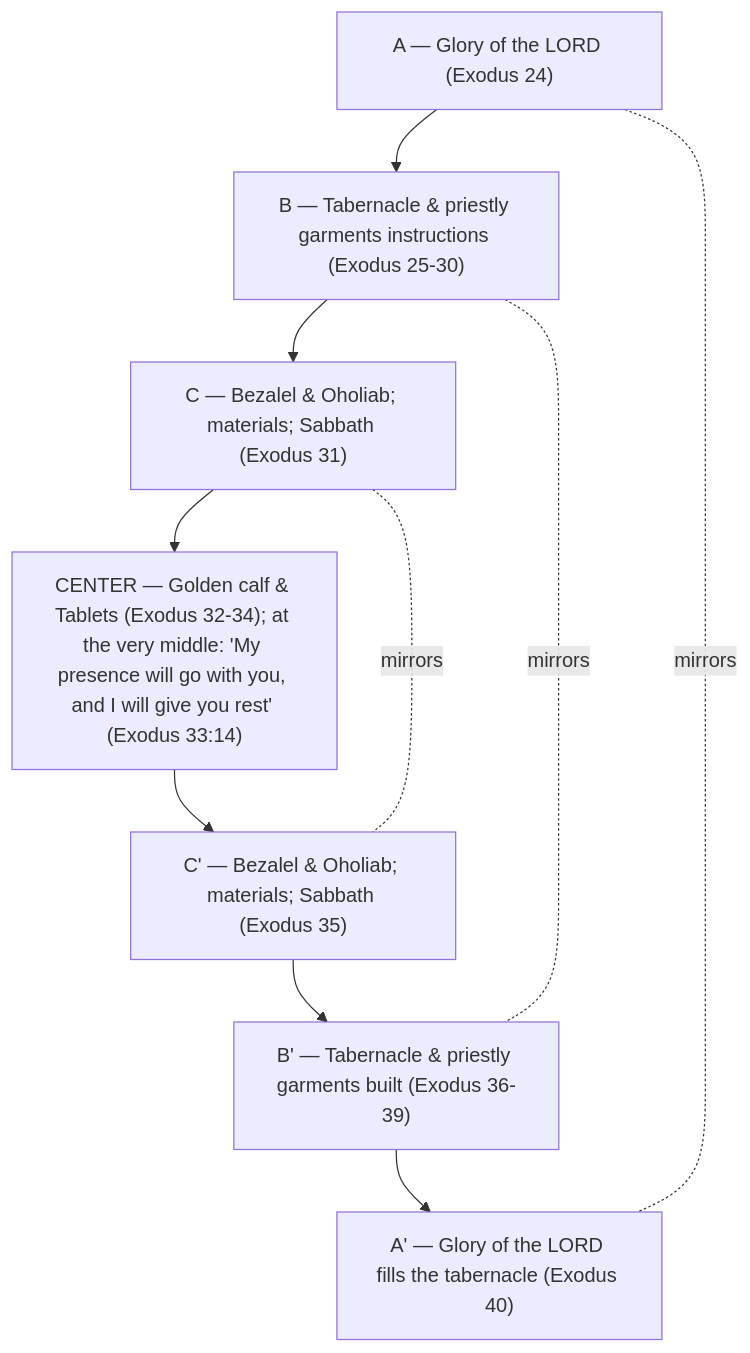
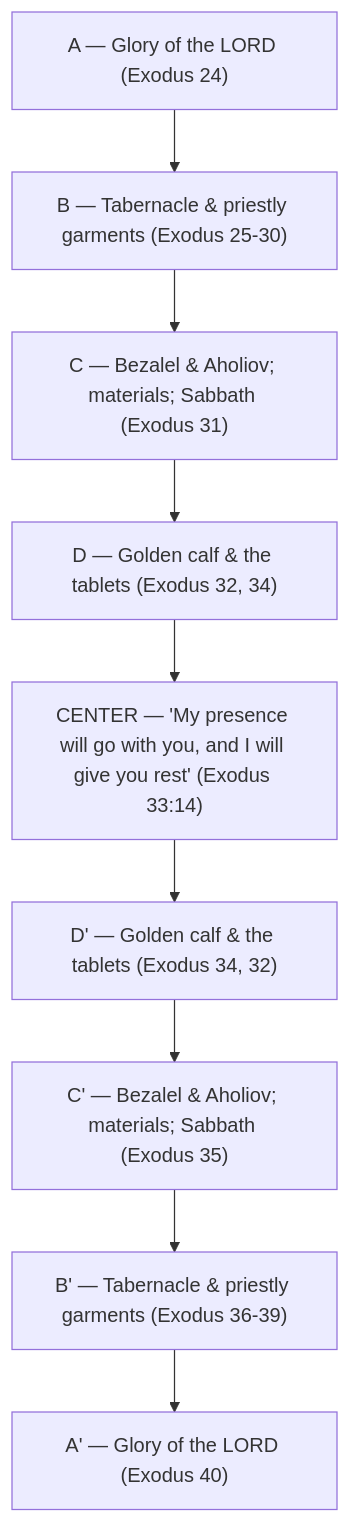
Before and after one commit to rmaloneycvg/bema: the diagram in study-guides/1-23-falling-on-joyful-faces.md, drawn with Mermaid. The commit also changed other lines of this file and 35 other files, not shown here.

````diff
--- a/study-guides/1-23-falling-on-joyful-faces.md
+++ b/study-guides/1-23-falling-on-joyful-faces.md
@@ -50,14 +68,13 @@
 ```mermaid
 flowchart TB
-  A1["A — Glory of the LORD (Exodus 24)"]
-  B1["B — Tabernacle & priestly garments instructions (Exodus 25-30)"]
-  C1["C — Bezalel & Oholiab; materials; Sabbath (Exodus 31)"]
-  D["CENTER — Golden calf & Tablets (Exodus 32-34); at the very middle: 'My presence will go with you, and I will give you rest' (Exodus 33:14)"]
-  C2["C' — Bezalel & Oholiab; materials; Sabbath (Exodus 35)"]
-  B2["B' — Tabernacle & priestly garments built (Exodus 36-39)"]
-  A2["A' — Glory of the LORD fills the tabernacle (Exodus 40)"]
-  A1 --> B1 --> C1 --> D --> C2 --> B2 --> A2
-  A1 -. mirrors .- A2
-  B1 -. mirrors .- B2
-  C1 -. mirrors .- C2
+    A["A — Glory of the LORD (Exodus 24)"]
+    B["B — Tabernacle & priestly garments (Exodus 25-30)"]
+    C["C — Bezalel & Aholiov; materials; Sabbath (Exodus 31)"]
+    D["D — Golden calf & the tablets (Exodus 32, 34)"]
+    E["CENTER — 'My presence will go with you, and I will give you rest' (Exodus 33:14)"]
+    D2["D' — Golden calf & the tablets (Exodus 34, 32)"]
+    C2["C' — Bezalel & Aholiov; materials; Sabbath (Exodus 35)"]
+    B2["B' — Tabernacle & priestly garments (Exodus 36-39)"]
+    A2["A' — Glory of the LORD (Exodus 40)"]
+    A --> B --> C --> D --> E --> D2 --> C2 --> B2 --> A2
 ```
````
